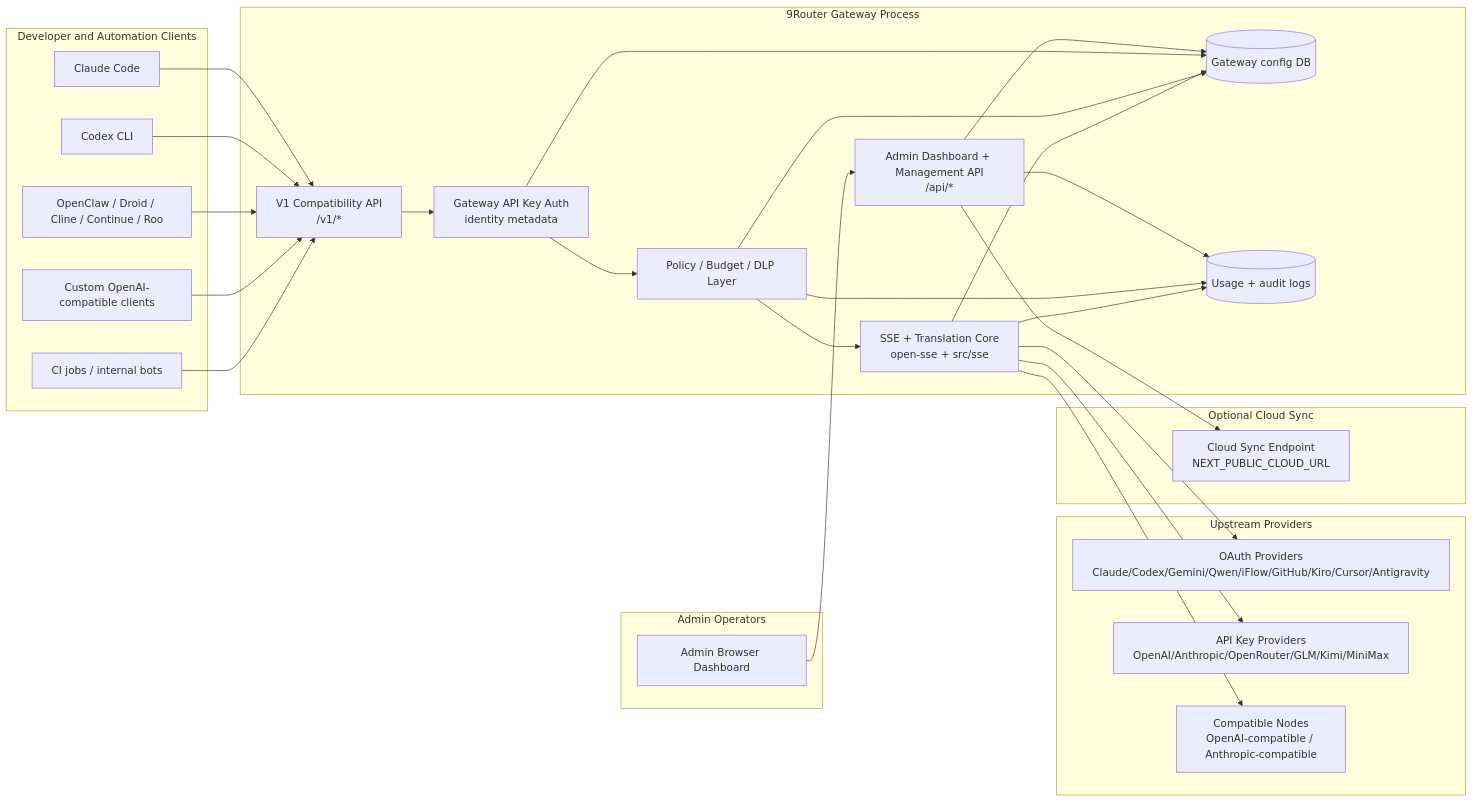
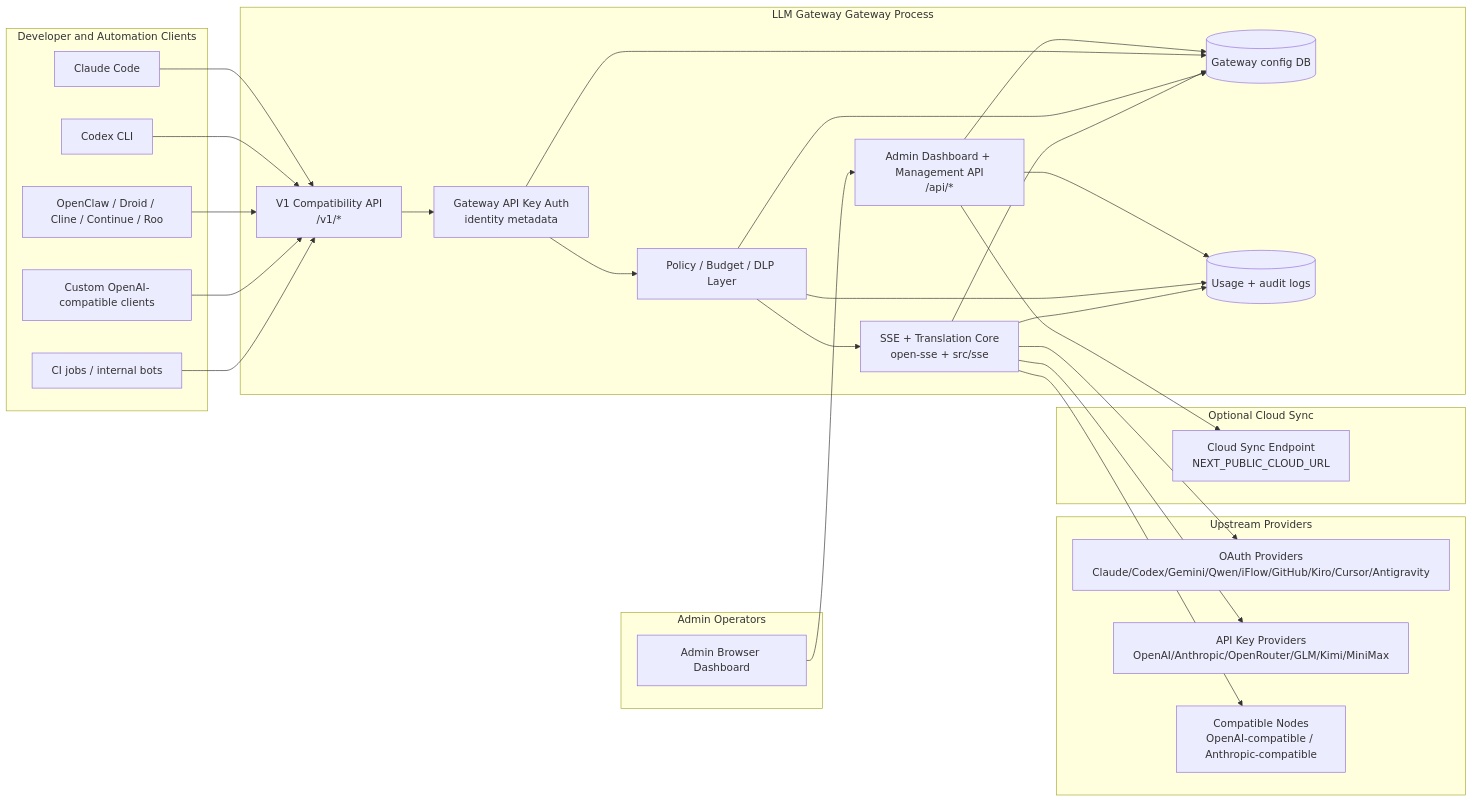
One commit to finhay/llm-gateway changed the first of 7 diagrams in docs/ARCHITECTURE.md. Above: the diagram before and after it, drawn with Mermaid. The commit also changed other lines of this file and 256 other files, not shown here.

First line of the commit message:
feat: rebrand from 9Router to LLM Gateway

````diff
--- a/docs/ARCHITECTURE.md
+++ b/docs/ARCHITECTURE.md
@@ -58,58 +58,58 @@
 ```mermaid
 flowchart LR
     subgraph Clients[Developer and Automation Clients]
         C1[Claude Code]
         C2[Codex CLI]
         C3[OpenClaw / Droid / Cline / Continue / Roo]
         C4[Custom OpenAI-compatible clients]
         BOT[CI jobs / internal bots]
     end
 
     subgraph Admins[Admin Operators]
         BROWSER[Admin Browser Dashboard]
     end
 
-    subgraph Router[9Router Gateway Process]
+    subgraph Router[LLM Gateway Gateway Process]
         API[V1 Compatibility API\n/v1/*]
         KEYAUTH[Gateway API Key Auth\nidentity metadata]
         POLICY[Policy / Budget / DLP Layer]
         DASH[Admin Dashboard + Management API\n/api/*]
         CORE[SSE + Translation Core\nopen-sse + src/sse]
         DB[(Gateway config DB)]
         UDB[(Usage + audit logs)]
     end
 
     subgraph Upstreams[Upstream Providers]
         P1[OAuth Providers\nClaude/Codex/Gemini/Qwen/iFlow/GitHub/Kiro/Cursor/Antigravity]
         P2[API Key Providers\nOpenAI/Anthropic/OpenRouter/GLM/Kimi/MiniMax]
         P3[Compatible Nodes\nOpenAI-compatible / Anthropic-compatible]
     end
 
     subgraph Cloud[Optional Cloud Sync]
         CLOUD[Cloud Sync Endpoint\nNEXT_PUBLIC_CLOUD_URL]
     end
 
     C1 --> API
     C2 --> API
     C3 --> API
     C4 --> API
     BOT --> API
     BROWSER --> DASH
 
     API --> KEYAUTH
     KEYAUTH --> POLICY
     POLICY --> CORE
     DASH --> DB
     DASH --> UDB
     KEYAUTH --> DB
     POLICY --> DB
     POLICY --> UDB
     CORE --> DB
     CORE --> UDB
 
     CORE --> P1
     CORE --> P2
     CORE --> P3
 
     DASH --> CLOUD
 ```
````
